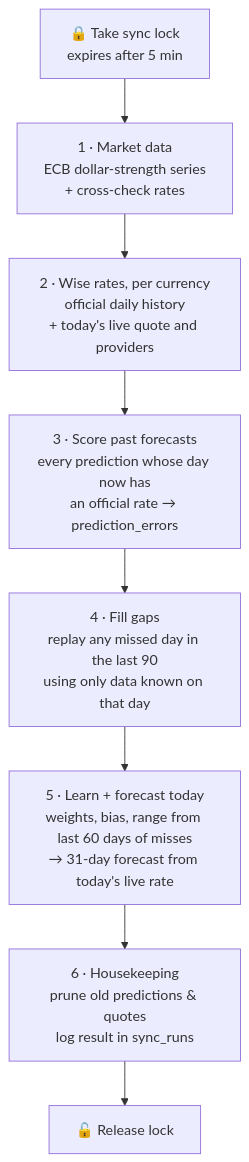
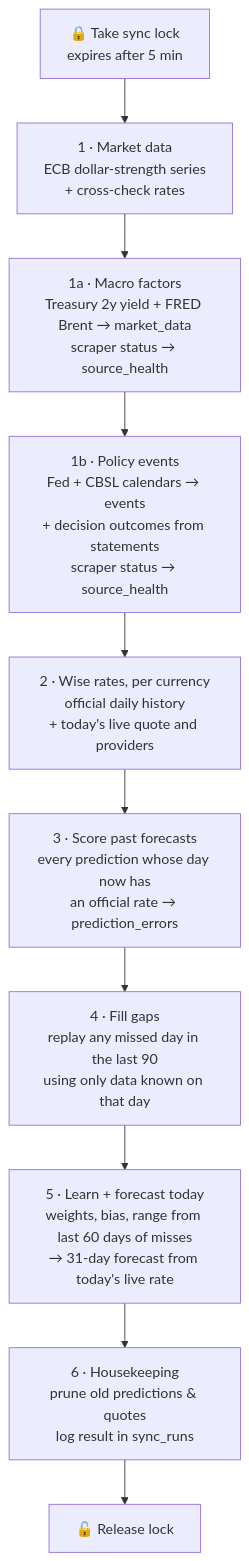
The fourth of 7 diagrams in README.md (osandadeshan/ratecast), drawn with Mermaid before and after one commit. The commit also changed other lines of this file and 29 other files, not shown here.

First line of the commit message:
Policy events, macro factors and decision outcomes (all automatic)

````diff
--- a/README.md
+++ b/README.md
@@ -154,10 +166,12 @@
 ```mermaid
 flowchart TD
     L["🔒 Take sync lock<br/>expires after 5 min"] --> M
-    M["1 · Market data<br/>ECB dollar-strength series<br/>+ cross-check rates"] --> I
+    M["1 · Market data<br/>ECB dollar-strength series<br/>+ cross-check rates"] --> MA
+    MA["1a · Macro factors<br/>Treasury 2y yield + FRED Brent → market_data<br/>scraper status → source_health"] --> EV
+    EV["1b · Policy events<br/>Fed + CBSL calendars → events<br/>+ decision outcomes from statements<br/>scraper status → source_health"] --> I
     I["2 · Wise rates, per currency<br/>official daily history<br/>+ today's live quote and providers"] --> E
     E["3 · Score past forecasts<br/>every prediction whose day now has<br/>an official rate → prediction_errors"] --> R
     R["4 · Fill gaps<br/>replay any missed day in the last 90<br/>using only data known on that day"] --> F
     F["5 · Learn + forecast today<br/>weights, bias, range from last 60 days of misses<br/>→ 31-day forecast from today's live rate"] --> H
     H["6 · Housekeeping<br/>prune old predictions & quotes<br/>log result in sync_runs"] --> U["🔓 Release lock"]
 ```
````
